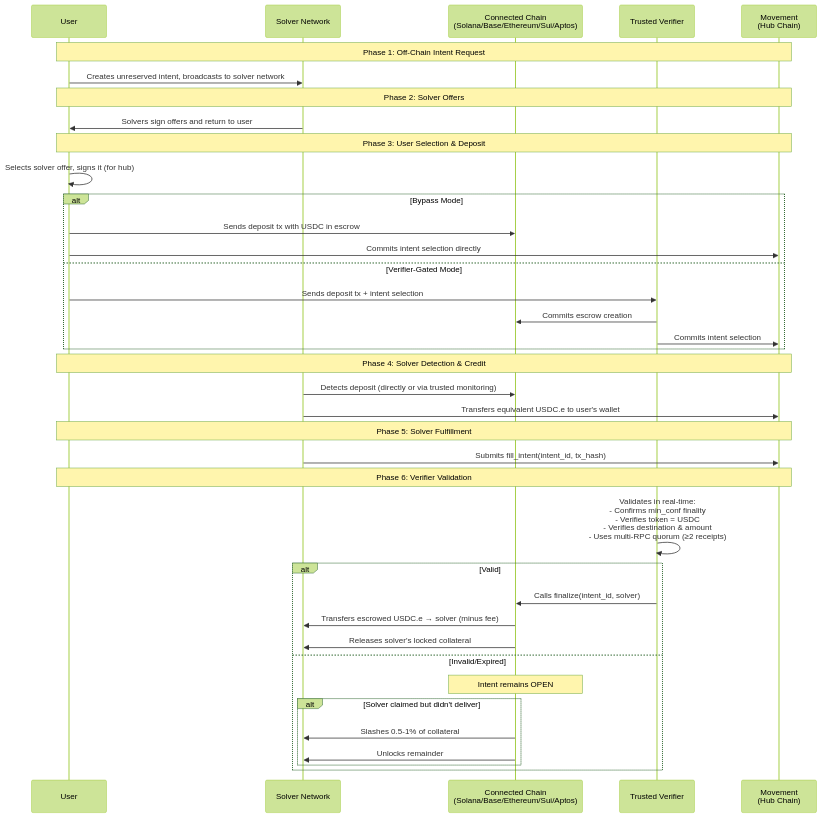
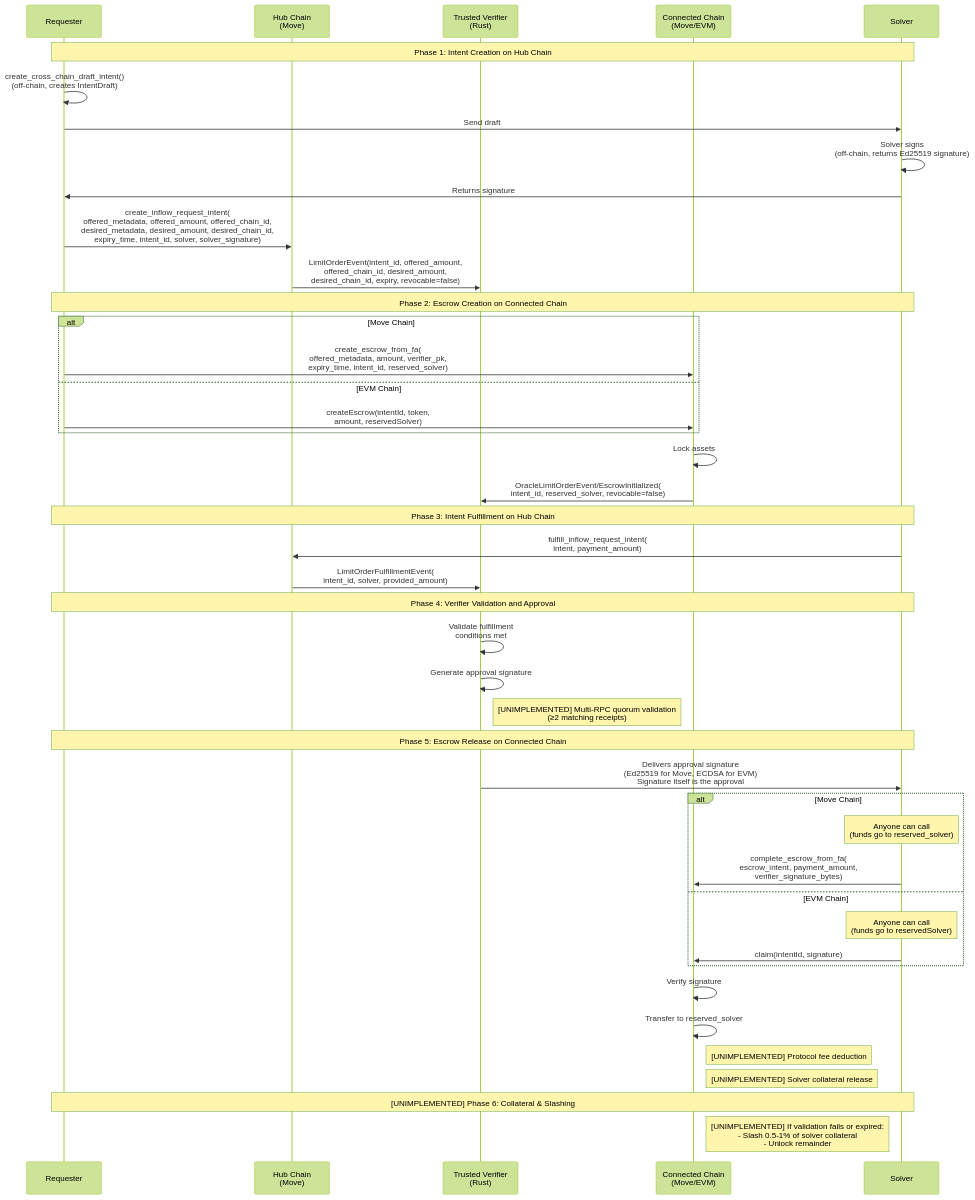
The first of 2 diagrams in .taskmaster/docs/requirements.md (movementlabsxyz/intent-framework), drawn with Mermaid (forest theme) before and after one commit. The commit also changed other lines of this file and 3 other files, not shown here.

````diff
--- a/.taskmaster/docs/requirements.md
+++ b/.taskmaster/docs/requirements.md
@@ -60,47 +59,51 @@
 ```mermaid
 sequenceDiagram
-    participant User
-    participant SolverNetwork as Solver Network
-    participant Connected as Connected Chain<br/>(Solana/Base/Ethereum/Sui/Aptos)
-    participant Verifier as Trusted Verifier
-    participant Movement as Movement<br/>(Hub Chain)
+    participant Requester
+    participant Hub as Hub Chain<br/>(Move)
+    participant Verifier as Trusted Verifier<br/>(Rust)
+    participant Connected as Connected Chain<br/>(Move/EVM)
+    participant Solver
 
-    Note over User,Movement: Phase 1: Off-Chain Intent Request
-    User->>SolverNetwork: Creates unreserved intent, broadcasts to solver network
+    Note over Requester,Solver: Phase 1: Intent Creation on Hub Chain
+    Requester->>Requester: create_cross_chain_draft_intent()<br/>(off-chain, creates IntentDraft)
+    Requester->>Solver: Send draft
+    Solver->>Solver: Solver signs<br/>(off-chain, returns Ed25519 signature)
+    Solver->>Requester: Returns signature
+    Requester->>Hub: create_inflow_request_intent(<br/>offered_metadata, offered_amount, offered_chain_id,<br/>desired_metadata, desired_amount, desired_chain_id,<br/>expiry_time, intent_id, solver, solver_signature)
+    Hub->>Verifier: LimitOrderEvent(intent_id, offered_amount,<br/>offered_chain_id, desired_amount,<br/>desired_chain_id, expiry, revocable=false)
 
-    Note over User,Movement: Phase 2: Solver Offers
-    SolverNetwork->>User: Solvers sign offers and return to user
+    Note over Requester,Solver: Phase 2: Escrow Creation on Connected Chain
+    alt Move Chain
+        Requester->>Connected: create_escrow_from_fa(<br/>offered_metadata, amount, verifier_pk,<br/>expiry_time, intent_id, reserved_solver)
+    else EVM Chain
+        Requester->>Connected: createEscrow(intentId, token,<br/>amount, reservedSolver)
+    end
+    Connected->>Connected: Lock assets
+    Connected->>Verifier: OracleLimitOrderEvent/EscrowInitialized(<br/>intent_id, reserved_solver, revocable=false)
 
-    Note over User,Movement: Phase 3: User Selection & Deposit
-    User->>User: Selects solver offer, signs it (for hub)
-    alt Bypass Mode
-        User->>Connected: Sends deposit tx with USDC in escrow
-        User->>Movement: Commits intent selection directly
-    else Verifier-Gated Mode
-        User->>Verifier: Sends deposit tx + intent selection
-        Verifier->>Connected: Commits escrow creation
-        Verifier->>Movement: Commits intent selection
+    Note over Requester,Solver: Phase 3: Intent Fulfillment on Hub Chain
+    Solver->>Hub: fulfill_inflow_request_intent(<br/>intent, payment_amount)
+    Hub->>Verifier: LimitOrderFulfillmentEvent(<br/>intent_id, solver, provided_amount)
+
+    Note over Requester,Solver: Phase 4: Verifier Validation and Approval
+    Verifier->>Verifier: Validate fulfillment<br/>conditions met
+    Verifier->>Verifier: Generate approval signature
+    Note right of Verifier: [UNIMPLEMENTED] Multi-RPC quorum validation<br/>(≥2 matching receipts)
+
+    Note over Requester,Solver: Phase 5: Escrow Release on Connected Chain
+    Verifier->>Solver: Delivers approval signature<br/>(Ed25519 for Move, ECDSA for EVM)<br/>Signature itself is the approval
+    alt Move Chain
+        Note over Solver: Anyone can call<br/>(funds go to reserved_solver)
+        Solver->>Connected: complete_escrow_from_fa(<br/>escrow_intent, payment_amount,<br/>verifier_signature_bytes)
+    else EVM Chain
+        Note over Solver: Anyone can call<br/>(funds go to reservedSolver)
+        Solver->>Connected: claim(intentId, signature)
     end
+    Connected->>Connected: Verify signature
+    Connected->>Connected: Transfer to reserved_solver
+    Note right of Connected: [UNIMPLEMENTED] Protocol fee deduction
+    Note right of Connected: [UNIMPLEMENTED] Solver collateral release
 
-    Note over User,Movement: Phase 4: Solver Detection & Credit
-    SolverNetwork->>Connected: Detects deposit (directly or via trusted monitoring)
-    SolverNetwork->>Movement: Transfers equivalent USDC.e to user's wallet
-
-    Note over User,Movement: Phase 5: Solver Fulfillment
-    SolverNetwork->>Movement: Submits fill_intent(intent_id, tx_hash)
-
-    Note over User,Movement: Phase 6: Verifier Validation
-    Verifier->>Verifier: Validates in real-time:<br/>- Confirms min_conf finality<br/>- Verifies token = USDC<br/>- Verifies destination & amount<br/>- Uses multi-RPC quorum (≥2 receipts)
-
-    alt Valid
-        Verifier->>Connected: Calls finalize(intent_id, solver)
-        Connected->>SolverNetwork: Transfers escrowed USDC.e → solver (minus fee)
-        Connected->>SolverNetwork: Releases solver's locked collateral
-    else Invalid/Expired
-        Note over Connected: Intent remains OPEN
-        alt Solver claimed but didn't deliver
-            Connected->>SolverNetwork: Slashes 0.5-1% of collateral
-            Connected->>SolverNetwork: Unlocks remainder
-        end
-    end
+    Note over Requester,Solver: [UNIMPLEMENTED] Phase 6: Collateral & Slashing
+    Note right of Connected: [UNIMPLEMENTED] If validation fails or expired:<br/>- Slash 0.5-1% of solver collateral<br/>- Unlock remainder
 ```
````
